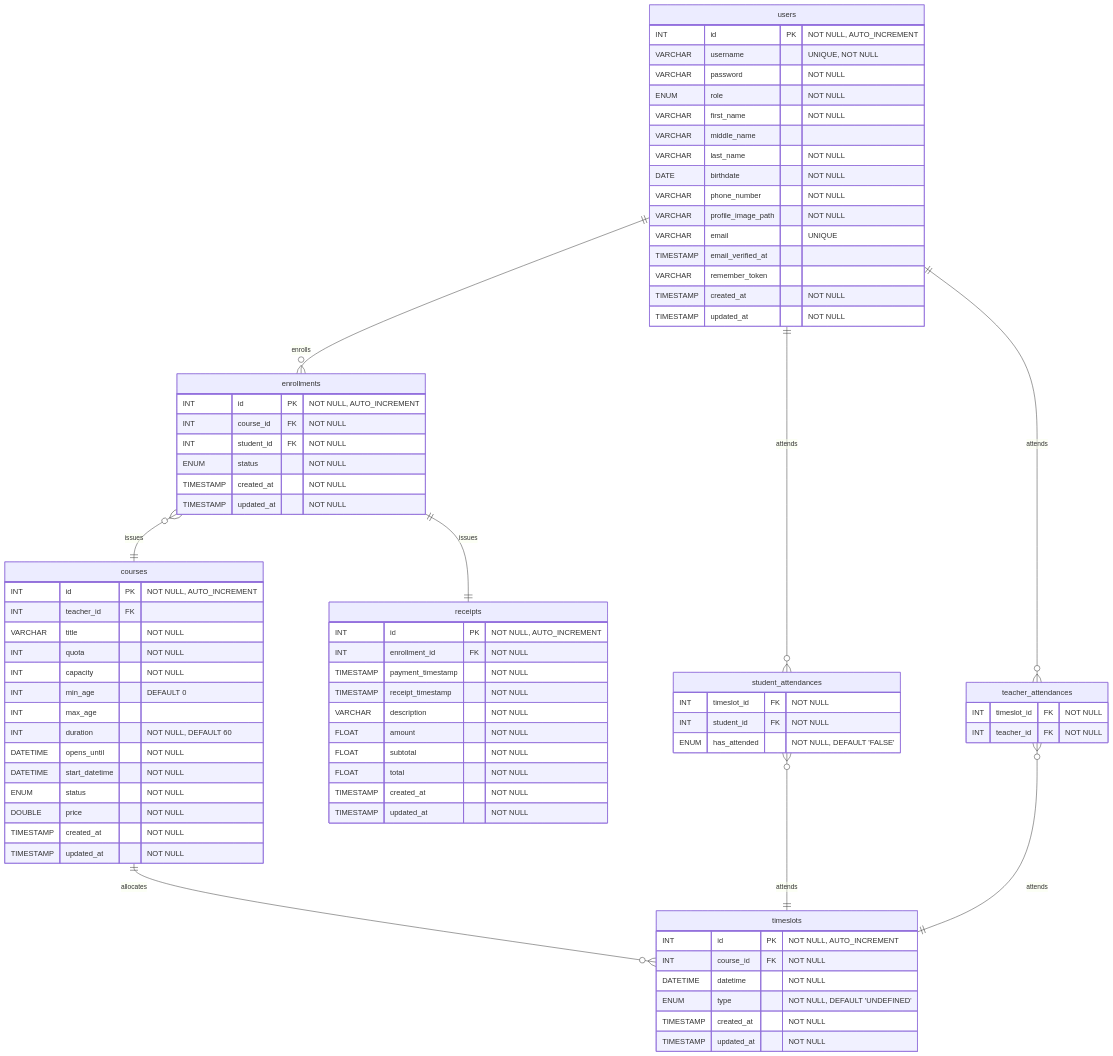
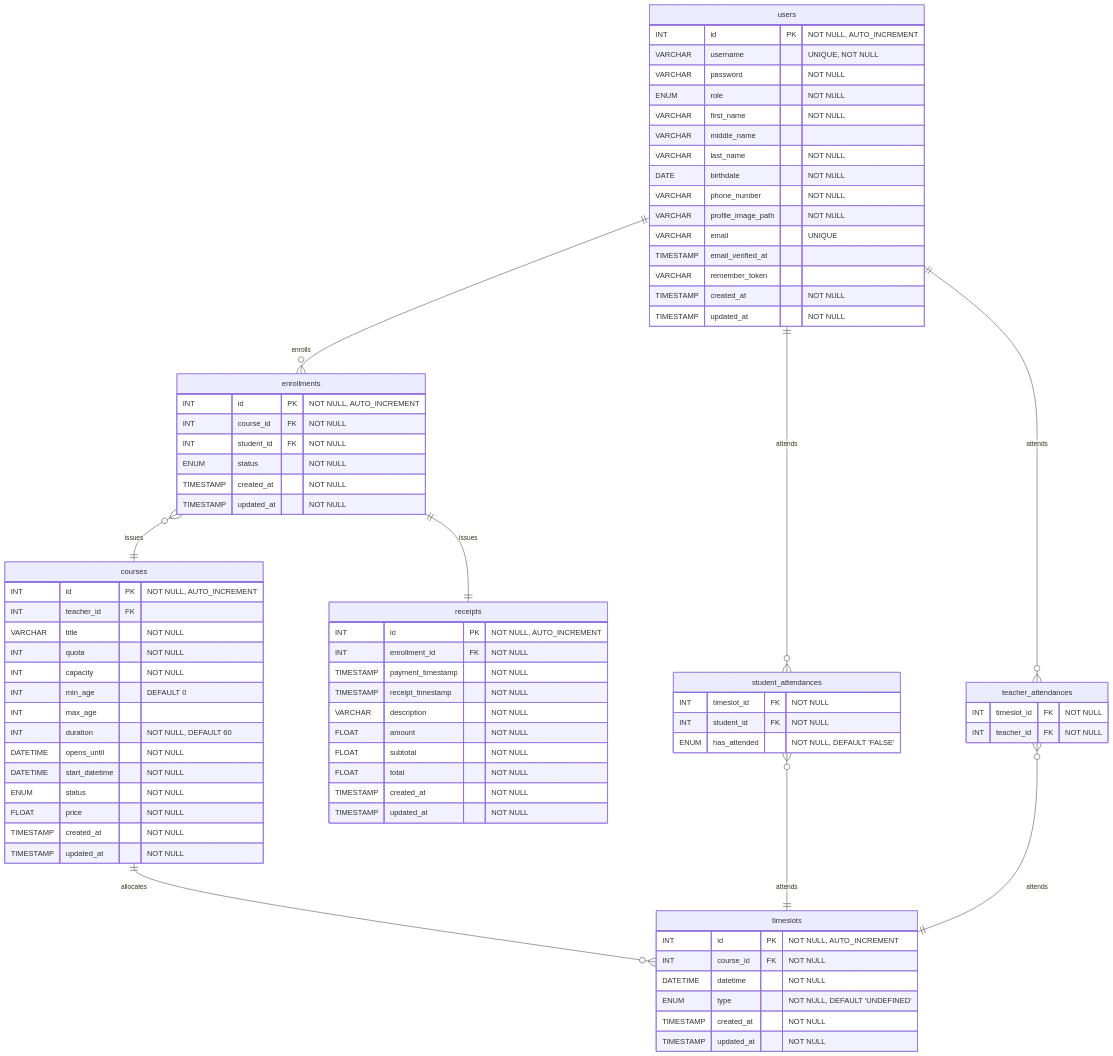
The diagram in Design/er.md (SaluteKevin/AQkid), drawn with Mermaid before and after one commit.

```diff
--- a/Design/er.md
+++ b/Design/er.md
@@ -34,7 +34,7 @@
         DATETIME opens_until "NOT NULL"
         DATETIME start_datetime "NOT NULL"
         ENUM status "NOT NULL"
-        DOUBLE price "NOT NULL"
+        FLOAT price "NOT NULL"
         TIMESTAMP created_at "NOT NULL"
         TIMESTAMP updated_at "NOT NULL"
     }
```
